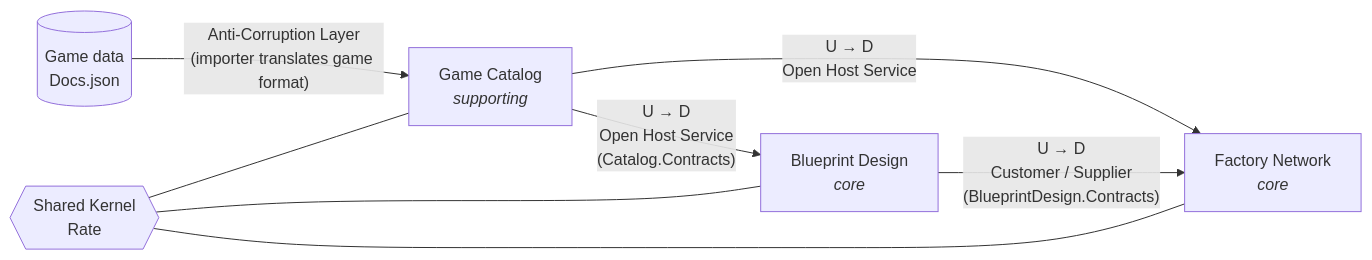
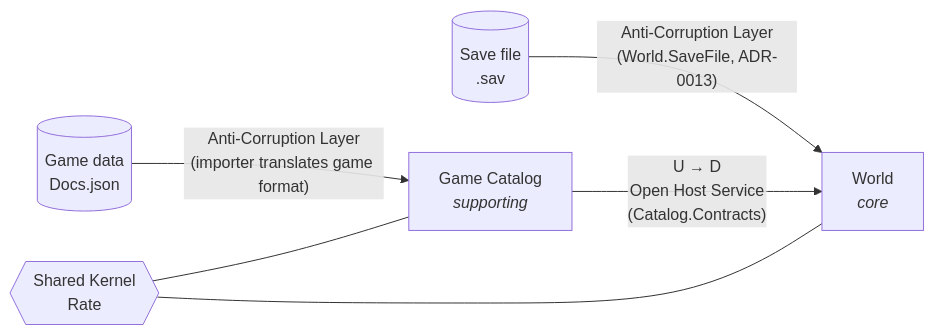
One commit to tmaartent/SatisfactoryLedger changed the diagram in docs/domain/context-map.md. Above: the diagram before and after it, drawn with Mermaid. The commit also changed other lines of this file and 52 other files, not shown here.

First line of the commit message:
feat(world): world graph and factory members traced from the output belt

````diff
--- a/docs/domain/context-map.md
+++ b/docs/domain/context-map.md
@@ -3,16 +3,14 @@
 ```mermaid
 flowchart LR
     GD[(Game data<br/>Docs.json)]
+    SAV[(Save file<br/>.sav)]
     CAT[Game Catalog<br/><i>supporting</i>]
-    BD[Blueprint Design<br/><i>core</i>]
-    FN[Factory Network<br/><i>core</i>]
+    WLD[World<br/><i>core</i>]
     SK{{Shared Kernel<br/>Rate}}
 
     GD -- "Anti-Corruption Layer<br/>(importer translates game format)" --> CAT
-    CAT -- "U → D<br/>Open Host Service<br/>(Catalog.Contracts)" --> BD
-    CAT -- "U → D<br/>Open Host Service" --> FN
-    BD -- "U → D<br/>Customer / Supplier<br/>(BlueprintDesign.Contracts)" --> FN
-    SK --- BD
-    SK --- FN
+    SAV -- "Anti-Corruption Layer<br/>(World.SaveFile, ADR-0013)" --> WLD
+    CAT -- "U → D<br/>Open Host Service<br/>(Catalog.Contracts)" --> WLD
+    SK --- WLD
     SK --- CAT
 ```
````
